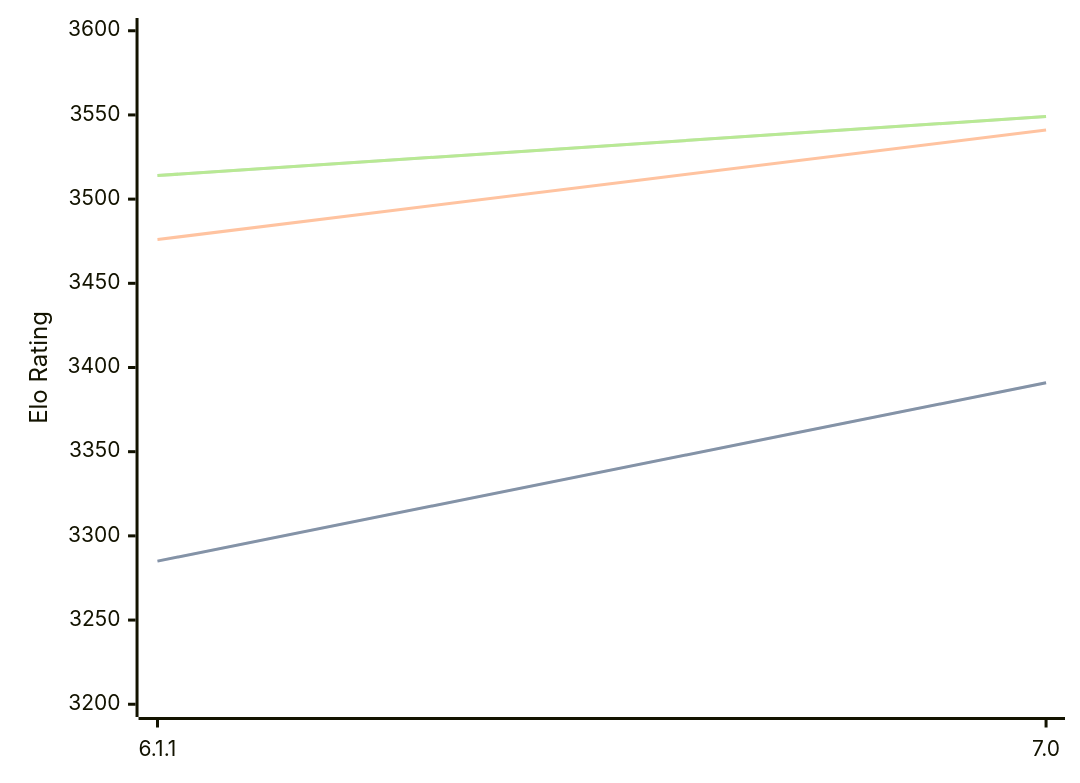
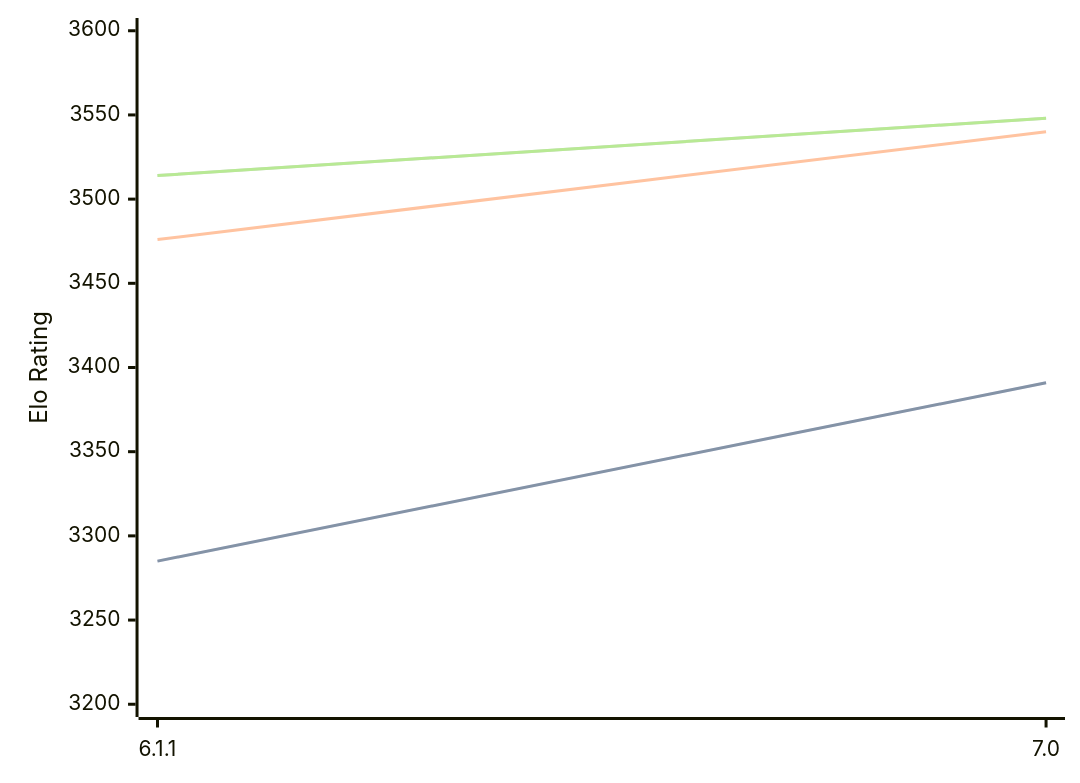
One commit to computer-chess-index/cci changed the diagram in engines/Astra.md. Above: the diagram before and after it, drawn with Mermaid. The commit also changed other lines of this file, not shown here.

Commit message:
Update CCI Ratings (ELO VLTC) - 2026-09-03

````diff
--- a/engines/Astra.md
+++ b/engines/Astra.md
@@ -32,11 +32,11 @@
 ```mermaid
 %%{init: {"theme":"base","themeVariables":{"seriesColors:['#a3a3a3','#222221','#faa371']}}}%%
 xychart-beta
   x-axis ["6.1.1", "7.0"]
   y-axis "Elo Rating" 3200 --> 3600
   line "" [3285, 3391]
   line "STC (8.0+0.08s)" [3285, 3391]
-  line "LTC (60.0+0.60s)" [3476, 3541]
-  line "" [3514, 3549]
-  line "VLTC (2m24s+1.12s)" [3514, 3549]
+  line "LTC (60.0+0.60s)" [3476, 3540]
+  line "" [3514, 3548]
+  line "VLTC (2m24s+1.12s)" [3514, 3548]
 ```
````
